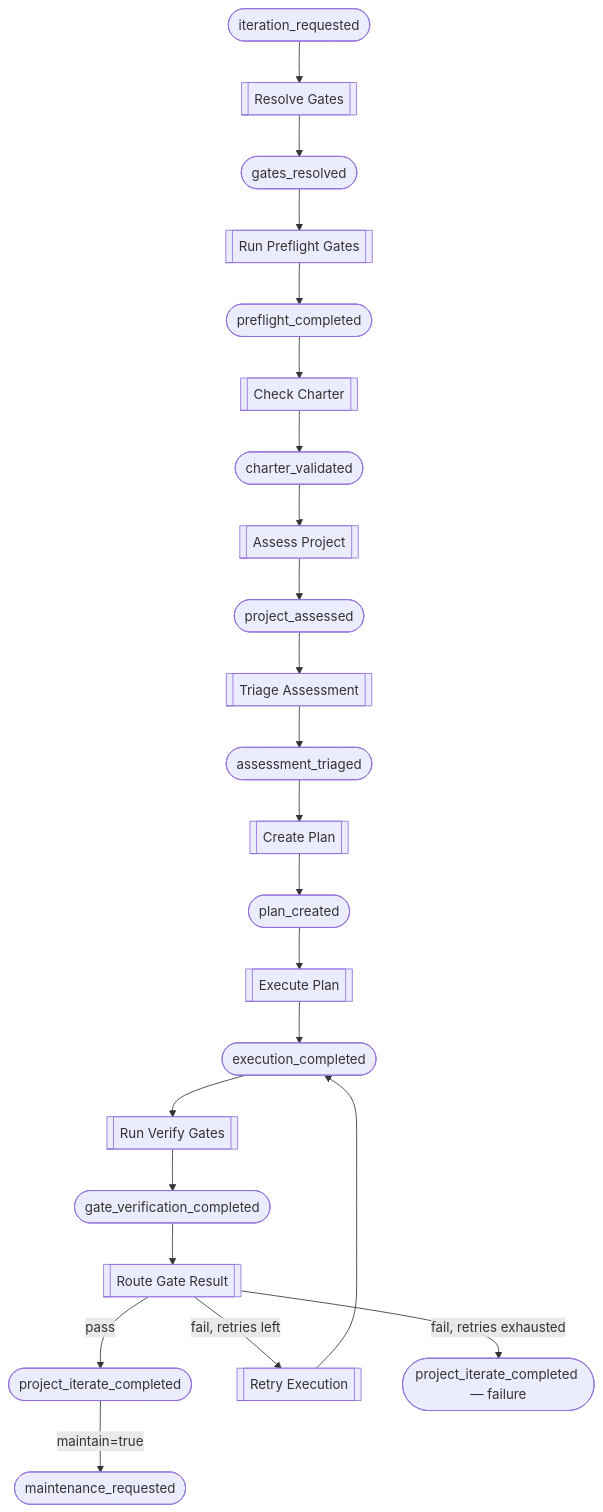
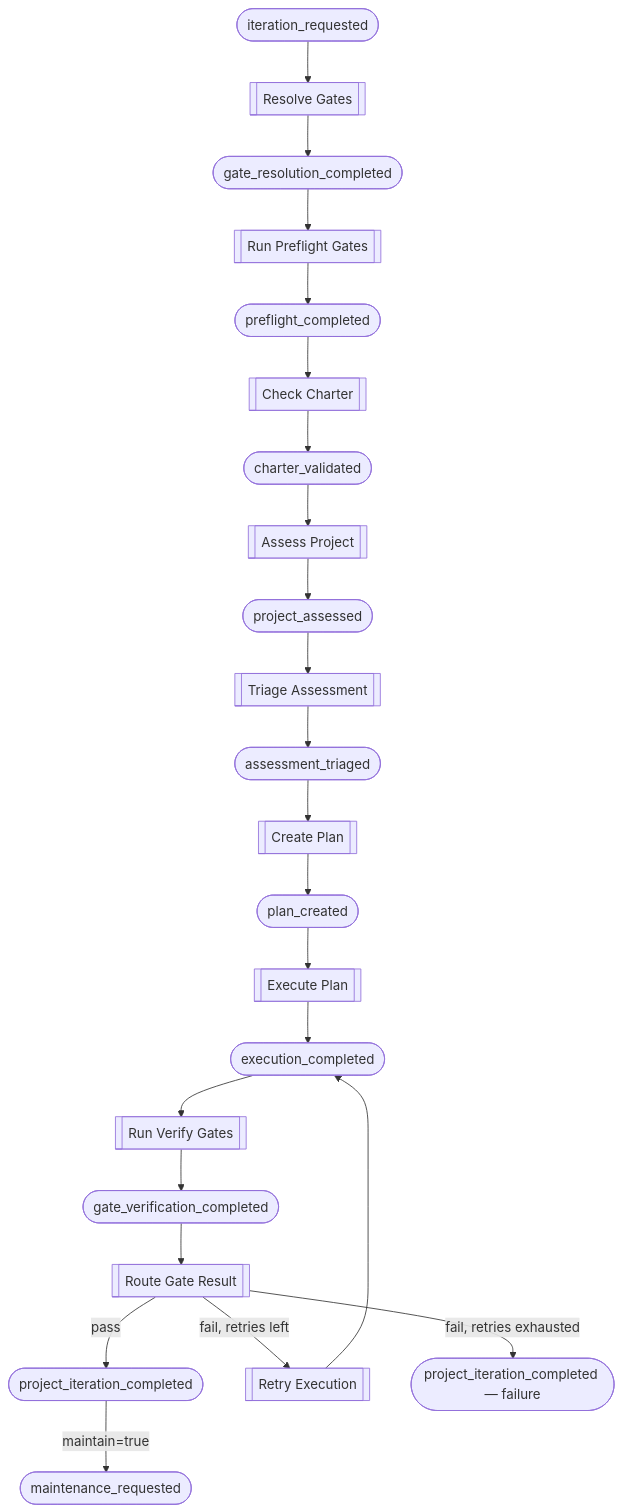
The diagram in book/src/guide/iteration-workflow.md (svetzal/foundry), drawn with Mermaid before and after one commit. The commit also changed other lines of this file and 37 other files, not shown here.

````diff
--- a/book/src/guide/iteration-workflow.md
+++ b/book/src/guide/iteration-workflow.md
@@ -10,25 +10,25 @@
 ```mermaid
 flowchart TD
     A([iteration_requested]) --> B[[Resolve Gates]]
-    B --> C([gates_resolved])
+    B --> C([gate_resolution_completed])
     C --> D[[Run Preflight Gates]]
     D --> E([preflight_completed])
     E --> F[[Check Charter]]
     F --> G([charter_validated])
     G --> H[[Assess Project]]
     H --> I([project_assessed])
     I --> J[[Triage Assessment]]
     J --> K([assessment_triaged])
     K --> L[[Create Plan]]
     L --> M([plan_created])
     M --> N[[Execute Plan]]
     N --> O([execution_completed])
     O --> P[[Run Verify Gates]]
     P --> Q([gate_verification_completed])
     Q --> R[[Route Gate Result]]
-    R -->|pass| S([project_iterate_completed])
+    R -->|pass| S([project_iteration_completed])
     R -->|fail, retries left| T[[Retry Execution]]
     T --> O
-    R -->|fail, retries exhausted| U([project_iterate_completed — failure])
+    R -->|fail, retries exhausted| U([project_iteration_completed — failure])
     S -->|maintain=true| V([maintenance_requested])
 ```
````
